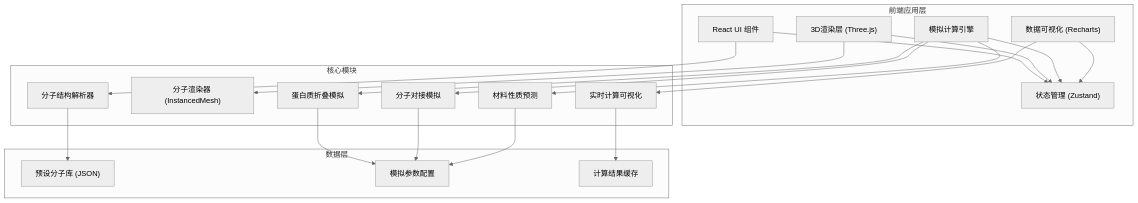
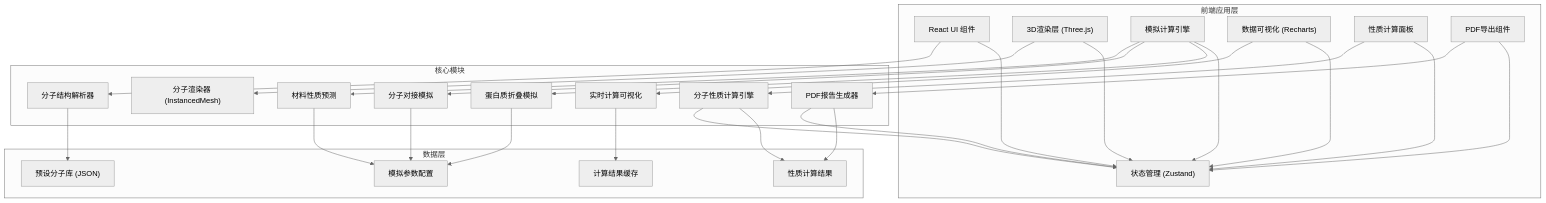
One commit to Xiang1218-Yu/xyj-117 changed the first of 6 diagrams in .trae/documents/TECH_ARCHITECTURE.md. Above: the diagram before and after it, drawn with Mermaid (neutral theme). The commit also changed other lines of this file and 12 other files, not shown here.

````diff
--- a/.trae/documents/TECH_ARCHITECTURE.md
+++ b/.trae/documents/TECH_ARCHITECTURE.md
@@ -3,36 +3,47 @@
 ```mermaid
 graph TD
     subgraph "前端应用层"
         A["React UI 组件"] --> B["状态管理 (Zustand)"]
         C["3D渲染层 (Three.js)"] --> B
         D["模拟计算引擎"] --> B
         E["数据可视化 (Recharts)"] --> B
+        P["性质计算面板"] --> B
+        Q["PDF导出组件"] --> B
     end
     
     subgraph "核心模块"
         F["分子结构解析器"]
         G["分子渲染器 (InstancedMesh)"]
         H["蛋白质折叠模拟"]
         I["分子对接模拟"]
         J["材料性质预测"]
         K["实时计算可视化"]
+        R["分子性质计算引擎"]
+        S["PDF报告生成器"]
     end
     
     subgraph "数据层"
-        L["预设分子库 (JSON)"]
-        M["模拟参数配置"]
-        N["计算结果缓存"]
+        T["预设分子库 (JSON)"]
+        U["模拟参数配置"]
+        V["计算结果缓存"]
+        W["性质计算结果"]
     end
     
     A --> F
     C --> G
     D --> H
     D --> I
     D --> J
     E --> K
-    F --> L
-    H --> M
-    I --> M
-    J --> M
-    K --> N
+    P --> R
+    Q --> S
+    F --> T
+    H --> U
+    I --> U
+    J --> U
+    K --> V
+    R --> W
+    S --> W
+    R --> B
+    S --> B
 ```
````
